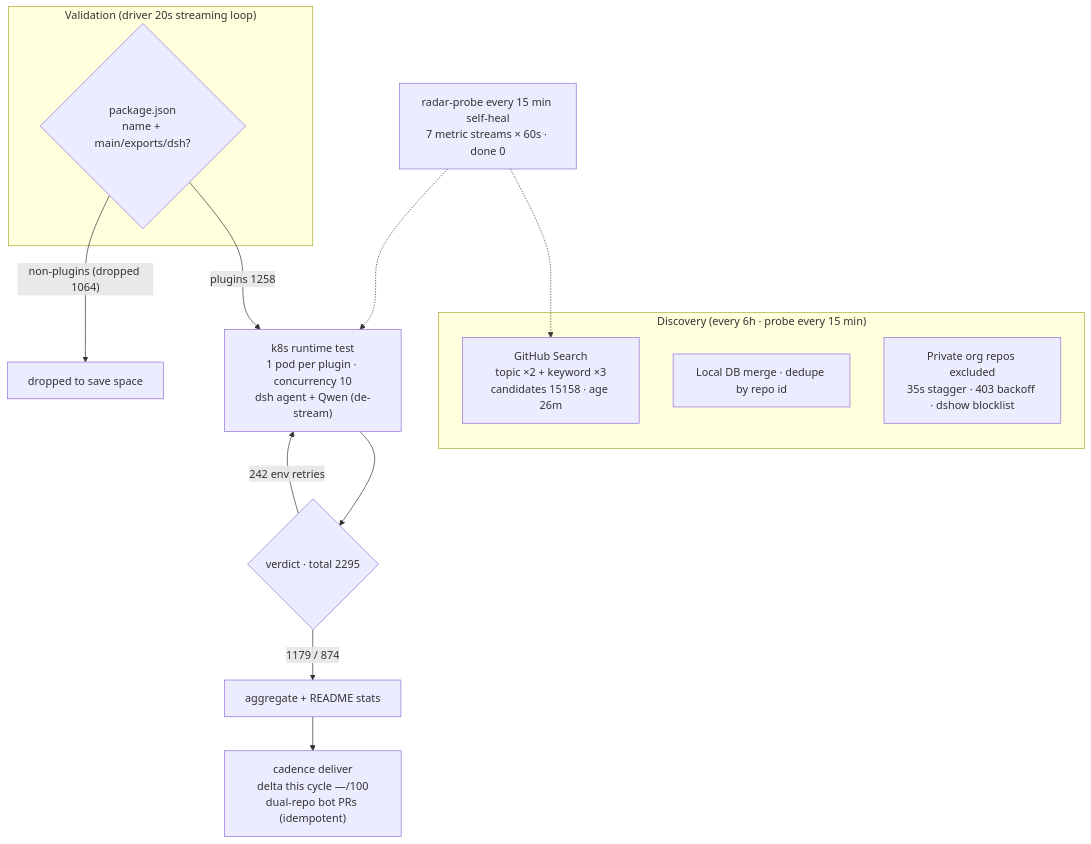
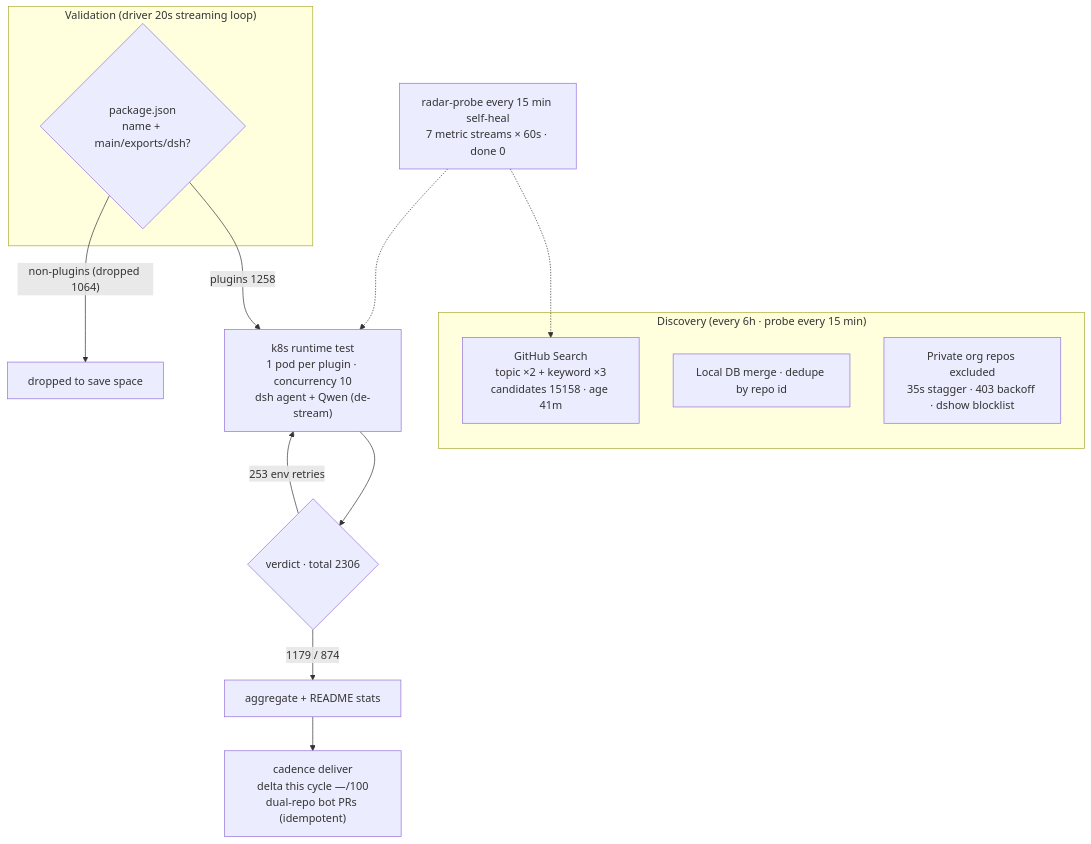
One commit to AdamPlatin123/awesome-dsh-plugins changed the diagram in README.en-US.md. Above: the diagram before and after it, drawn with Mermaid. The commit also changed other lines of this file and 5 other files, not shown here.

````diff
--- a/README.en-US.md
+++ b/README.en-US.md
@@ -30,20 +30,20 @@
 ```mermaid
 flowchart TB
     subgraph Discovery["Discovery (every 6h · probe every 15 min)"]
-        A1["GitHub Search<br/>topic ×2 + keyword ×3<br/>candidates 15158 · age 26m"]
+        A1["GitHub Search<br/>topic ×2 + keyword ×3<br/>candidates 15158 · age 41m"]
         A2["Local DB merge · dedupe by repo id"]
         A3["Private org repos excluded<br/>35s stagger · 403 backoff · dshow blocklist"]
     end
     subgraph Validation["Validation (driver 20s streaming loop)"]
         B1{"package.json<br/>name + main/exports/dsh?"}
     end
     B1 -->|"plugins 1258"| C1["k8s runtime test<br/>1 pod per plugin · concurrency 10<br/>dsh agent + Qwen (de-stream)"]
     B1 -->|"non-plugins (dropped 1064)"| B3["dropped to save space"]
-    C1 --> D1{"verdict · total 2295"}
+    C1 --> D1{"verdict · total 2306"}
     D1 -->|"1179 / 874"| E1["aggregate + README stats"]
-    D1 -->|"242 env retries"| C1
+    D1 -->|"253 env retries"| C1
     E1 --> E2["cadence deliver<br/>delta this cycle —/100<br/>dual-repo bot PRs (idempotent)"]
     M["radar-probe every 15 min self-heal<br/>7 metric streams × 60s · done 0"]
     M -.-> A1
     M -.-> C1
 ```
````
